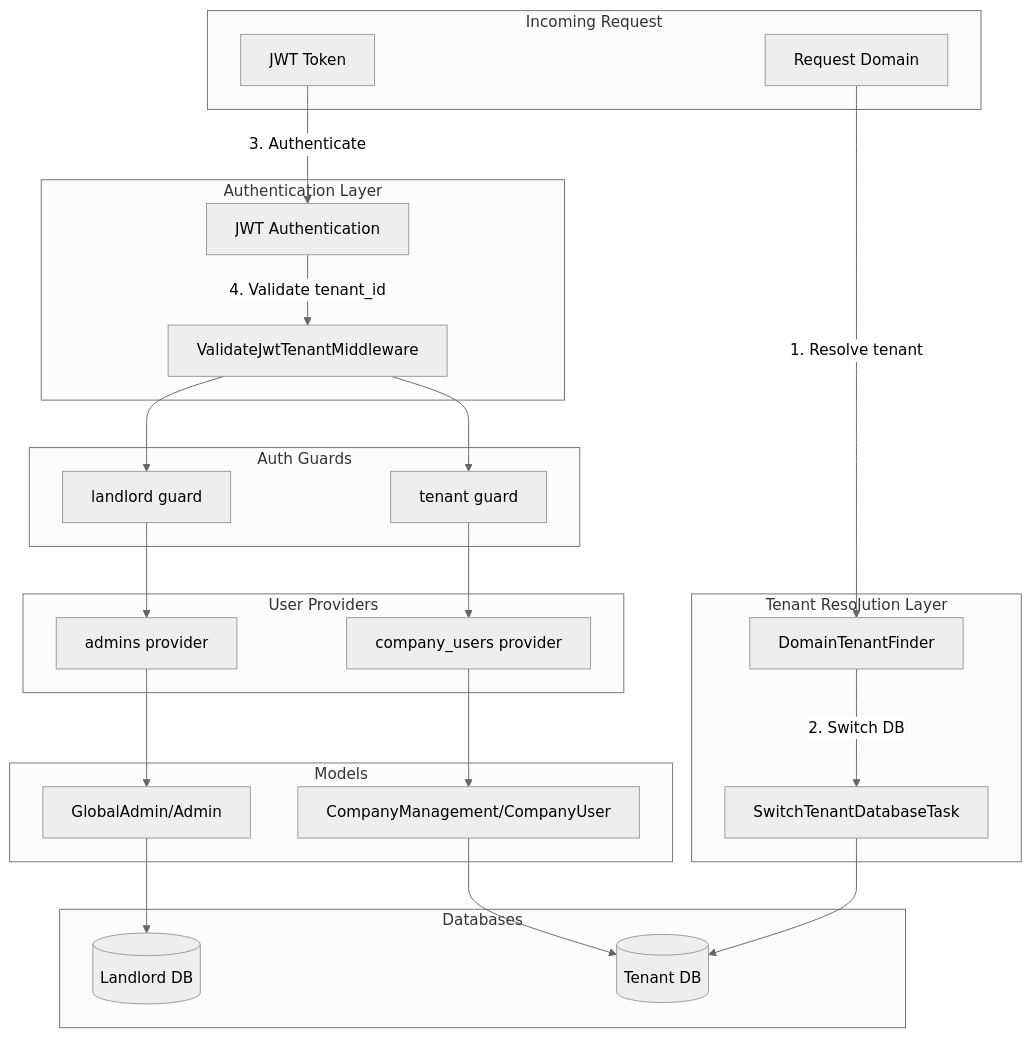
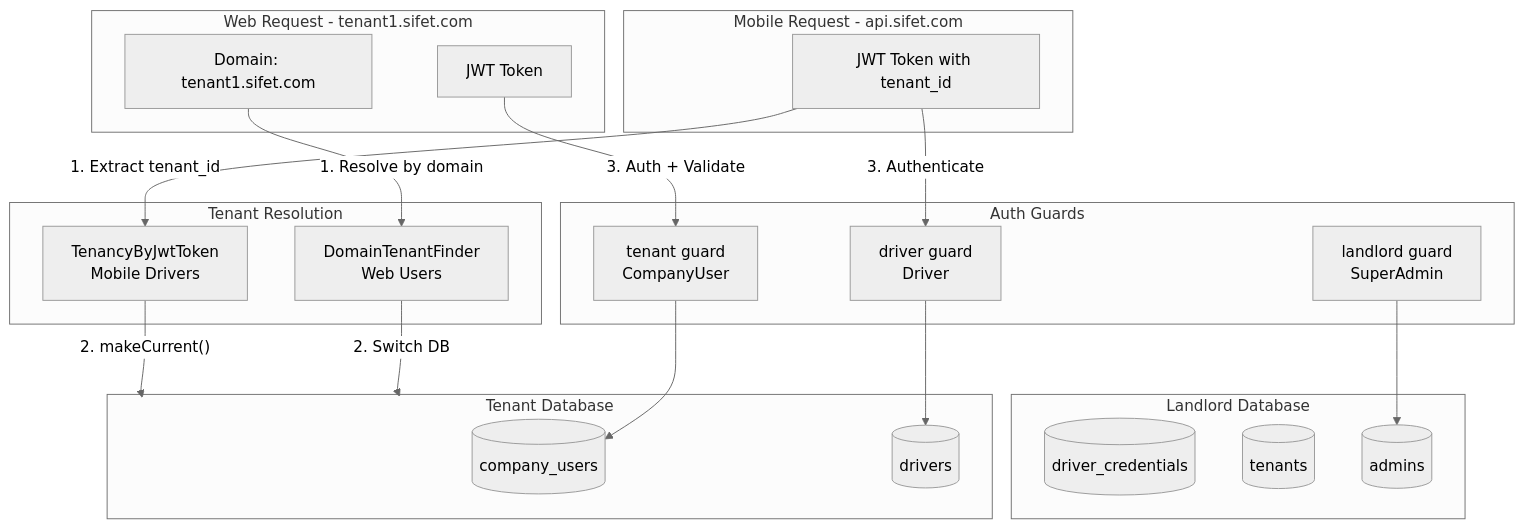
The first of 2 diagrams in plan/jwt_auth_guards_config.plan.md (aouirachid/sifet-backend), drawn with Mermaid (neutral theme) before and after one commit. The commit also changed other lines of this file, not shown here.

Commit message:
docs: add mobile driver authentication with global credentials mapping

````diff
--- a/plan/jwt_auth_guards_config.plan.md
+++ b/plan/jwt_auth_guards_config.plan.md
@@ -81,51 +144,45 @@
 ```mermaid
 flowchart TB
-    subgraph request [Incoming Request]
-        Domain[Request Domain]
-        JWT[JWT Token]
+    subgraph web_request [Web Request - tenant1.sifet.com]
+        WebDomain[Domain: tenant1.sifet.com]
+        WebJWT[JWT Token]
     end
     
-    subgraph tenant_resolution [Tenant Resolution Layer]
-        DomainTenantFinder[DomainTenantFinder]
-        SwitchDB[SwitchTenantDatabaseTask]
+    subgraph mobile_request [Mobile Request - api.sifet.com]
+        MobileJWT[JWT Token with tenant_id]
     end
     
-    subgraph auth_layer [Authentication Layer]
-        JWTAuth[JWT Authentication]
-        ValidateJwtTenant[ValidateJwtTenantMiddleware]
+    subgraph landlord_db [Landlord Database]
+        DriverCredentials[(driver_credentials)]
+        Tenants[(tenants)]
+        Admins[(admins)]
+    end
+    
+    subgraph tenant_resolution [Tenant Resolution]
+        DomainTenantFinder[DomainTenantFinder<br/>Web Users]
+        TenancyByJwtToken[TenancyByJwtToken<br/>Mobile Drivers]
+    end
+    
+    subgraph tenant_db [Tenant Database]
+        CompanyUsers[(company_users)]
+        Drivers[(drivers)]
     end
     
     subgraph guards [Auth Guards]
-        LandlordGuard[landlord guard]
-        TenantGuard[tenant guard]
+        LandlordGuard[landlord guard<br/>SuperAdmin]
+        TenantGuard[tenant guard<br/>CompanyUser]
+        DriverGuard[driver guard<br/>Driver]
     end
     
-    subgraph providers [User Providers]
-        AdminProvider[admins provider]
-        CompanyUserProvider[company_users provider]
-    end
+    WebDomain -->|"1. Resolve by domain"| DomainTenantFinder
+    DomainTenantFinder -->|"2. Switch DB"| tenant_db
+    WebJWT -->|"3. Auth + Validate"| TenantGuard
+    TenantGuard --> CompanyUsers
     
-    subgraph models [Models]
-        Admin[GlobalAdmin/Admin]
-        CompanyUser[CompanyManagement/CompanyUser]
-    end
+    MobileJWT -->|"1. Extract tenant_id"| TenancyByJwtToken
+    TenancyByJwtToken -->|"2. makeCurrent()"| tenant_db
+    MobileJWT -->|"3. Authenticate"| DriverGuard
+    DriverGuard --> Drivers
     
-    subgraph databases [Databases]
-        LandlordDB[(Landlord DB)]
-        TenantDB[(Tenant DB)]
-    end
-    
-    Domain -->|"1. Resolve tenant"| DomainTenantFinder
-    DomainTenantFinder -->|"2. Switch DB"| SwitchDB
-    SwitchDB --> TenantDB
-    JWT -->|"3. Authenticate"| JWTAuth
-    JWTAuth -->|"4. Validate tenant_id"| ValidateJwtTenant
-    ValidateJwtTenant --> LandlordGuard
-    ValidateJwtTenant --> TenantGuard
-    LandlordGuard --> AdminProvider
-    TenantGuard --> CompanyUserProvider
-    AdminProvider --> Admin
-    CompanyUserProvider --> CompanyUser
-    Admin --> LandlordDB
-    CompanyUser --> TenantDB
+    LandlordGuard --> Admins
 ```
````
